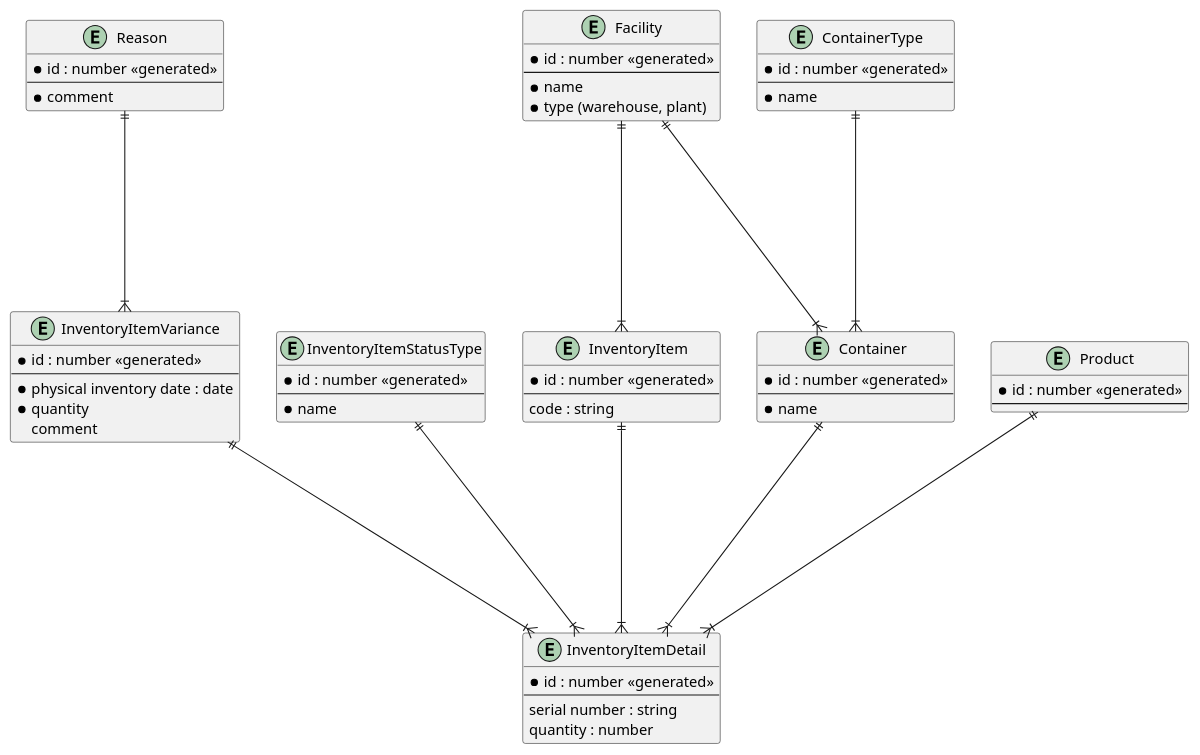
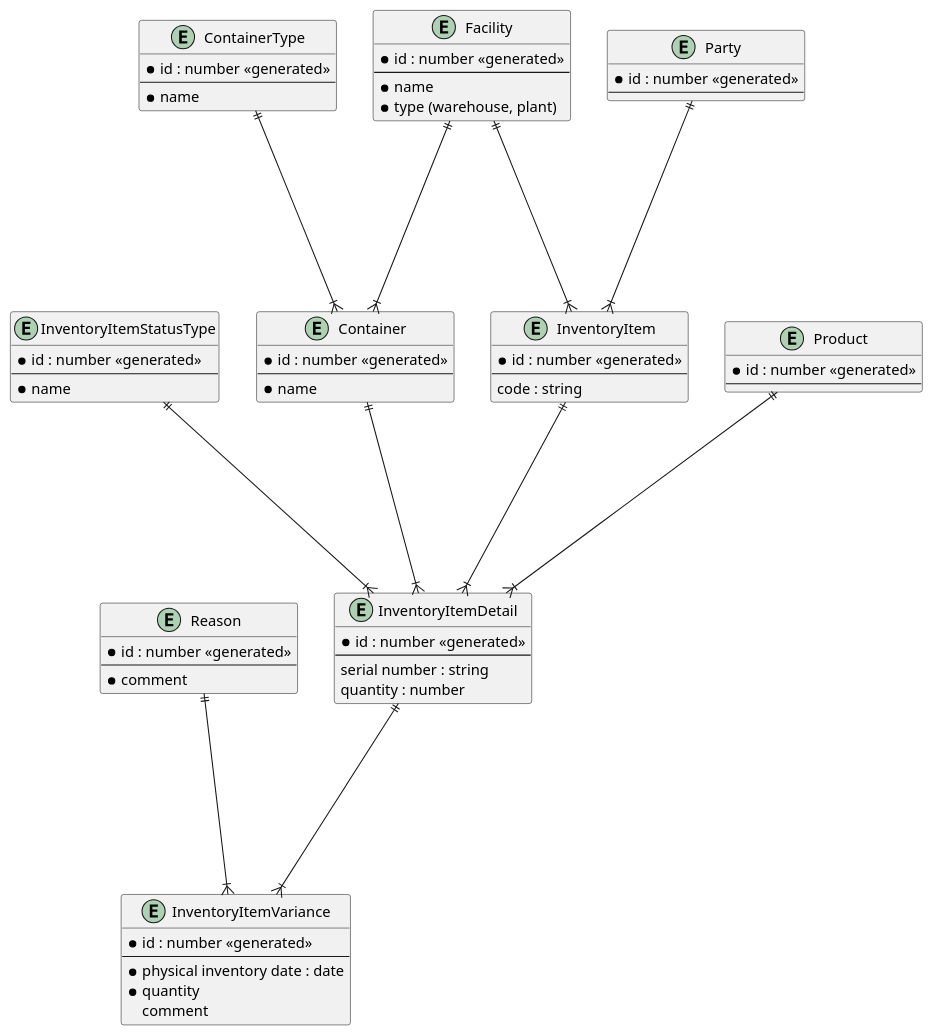
Before and after one commit to softrebel/lite-wms: the diagram in docs/inventory.md, drawn with PlantUML.

````diff
--- a/docs/inventory.md
+++ b/docs/inventory.md
@@ -19,65 +19,69 @@
 ```plantuml
 @startuml
 entity InventoryItem {
     * id : number <<generated>>
     --
     code : string
 }
 entity InventoryItemDetail {
     * id : number <<generated>>
     --
     serial number : string
     quantity : number
 }
 entity InventoryItemVariance {
     * id : number <<generated>>
     --
     * physical inventory date : date
     * quantity
     comment
 }
 entity Reason {
     * id : number <<generated>>
     --
     * comment
 }
 entity InventoryItemStatusType {
     * id : number <<generated>>
     --
     * name
 }
 entity Container {
     * id : number <<generated>>
     --
     * name
 }
 entity ContainerType {
     * id : number <<generated>>
     --
     * name
 }
 entity Facility {
     * id : number <<generated>>
     --
     * name
     * type (warehouse, plant)
 }
 entity Product {
     * id : number <<generated>>
     --
 }
-
+entity Party {
+    * id : number <<generated>>
+    --
+}
 
 
 InventoryItemStatusType ||----|{ InventoryItemDetail
-InventoryItemVariance ||----|{ InventoryItemDetail
+InventoryItemDetail ||----|{ InventoryItemVariance
 Container ||----|{ InventoryItemDetail
 ContainerType ||----|{ Container
 Facility ||----|{ InventoryItem
 Facility ||----|{ Container
 Product ||----|{ InventoryItemDetail
 Reason ||----|{ InventoryItemVariance
 InventoryItem ||----|{ InventoryItemDetail
+Party ||----|{ InventoryItem
 @enduml
 
 ```
````
